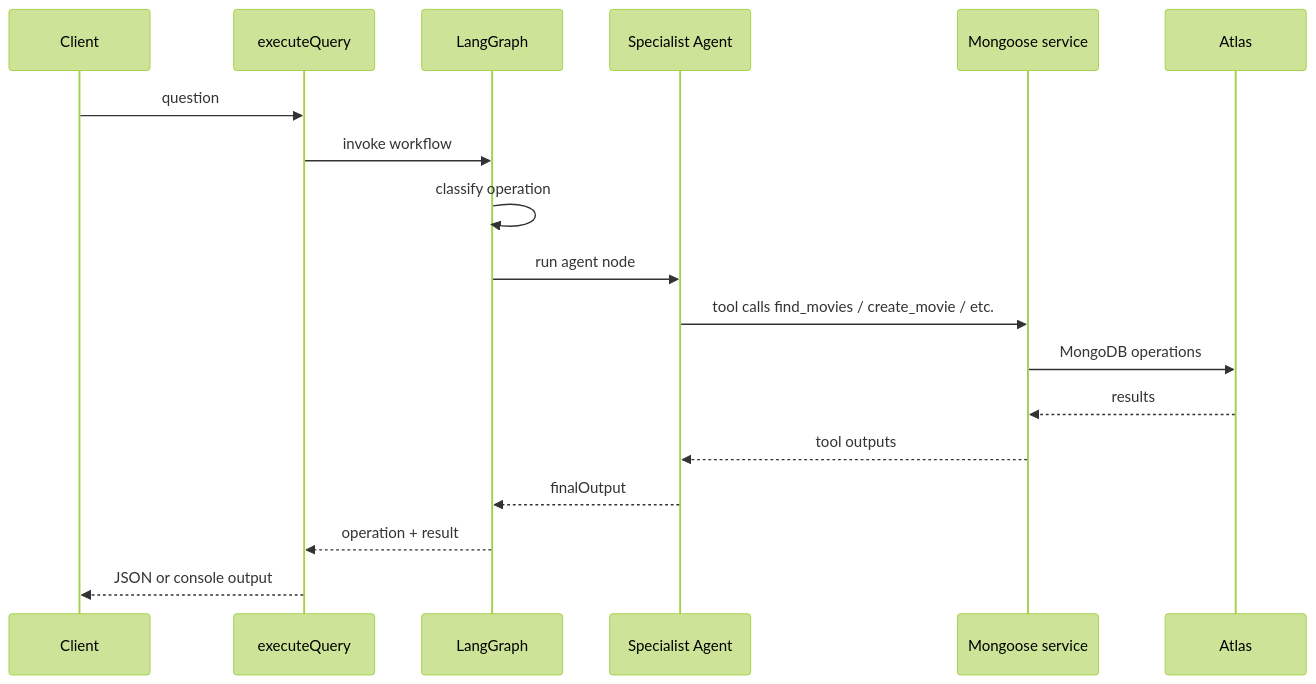
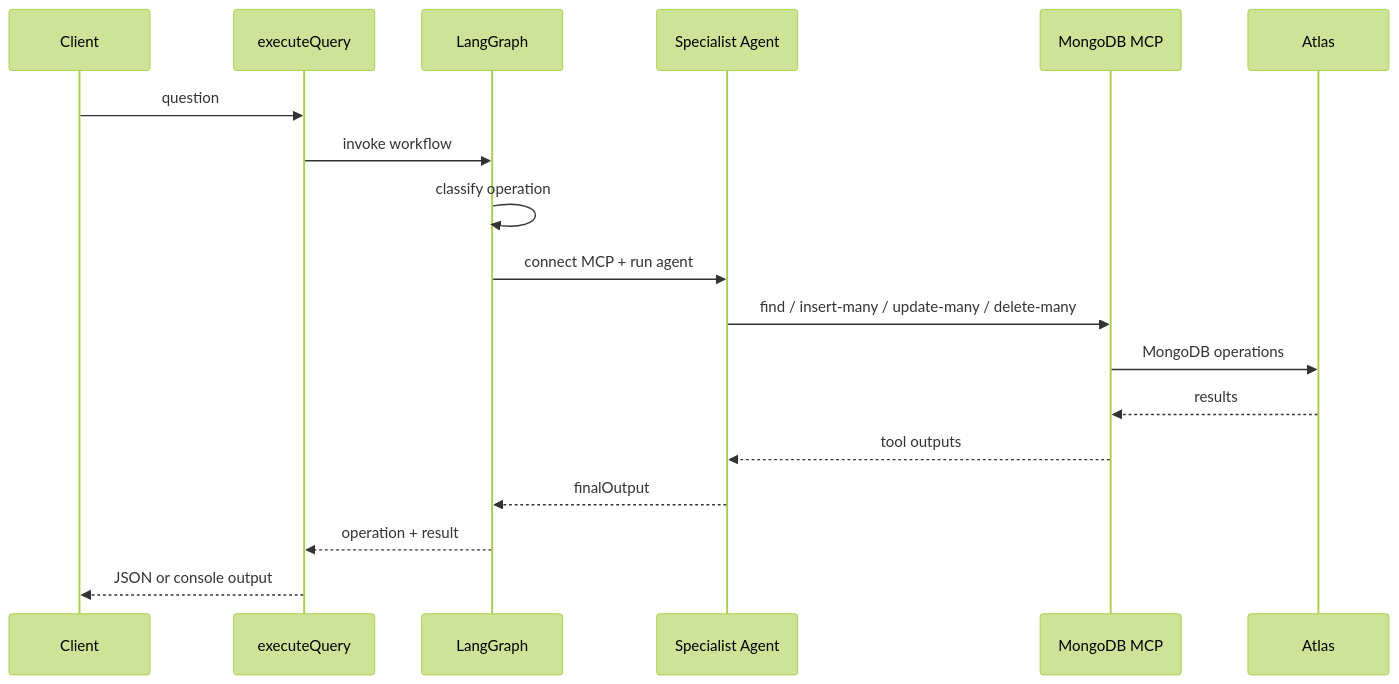
Before and after one commit to tansenkhan1990/MCP_TYEPSCRIPT_MONGODB_LANGGRAPH_OPENAI_AGENT: the second of 2 diagrams in README.md, drawn with Mermaid (forest theme). The commit also changed other lines of this file and 14 other files, not shown here.

````diff
--- a/README.md
+++ b/README.md
@@ -507,21 +508,21 @@
 ```mermaid
 sequenceDiagram
   participant C as Client
   participant E as executeQuery
   participant G as LangGraph
   participant A as Specialist Agent
-  participant S as Mongoose service
+  participant M as MongoDB MCP
   participant D as Atlas
 
   C->>E: question
   E->>G: invoke workflow
   G->>G: classify operation
-  G->>A: run agent node
-  A->>S: tool calls find_movies / create_movie / etc.
-  S->>D: MongoDB operations
-  D-->>S: results
-  S-->>A: tool outputs
+  G->>A: connect MCP + run agent
+  A->>M: find / insert-many / update-many / delete-many
+  M->>D: MongoDB operations
+  D-->>M: results
+  M-->>A: tool outputs
   A-->>G: finalOutput
   G-->>E: operation + result
   E-->>C: JSON or console output
 ```
````
